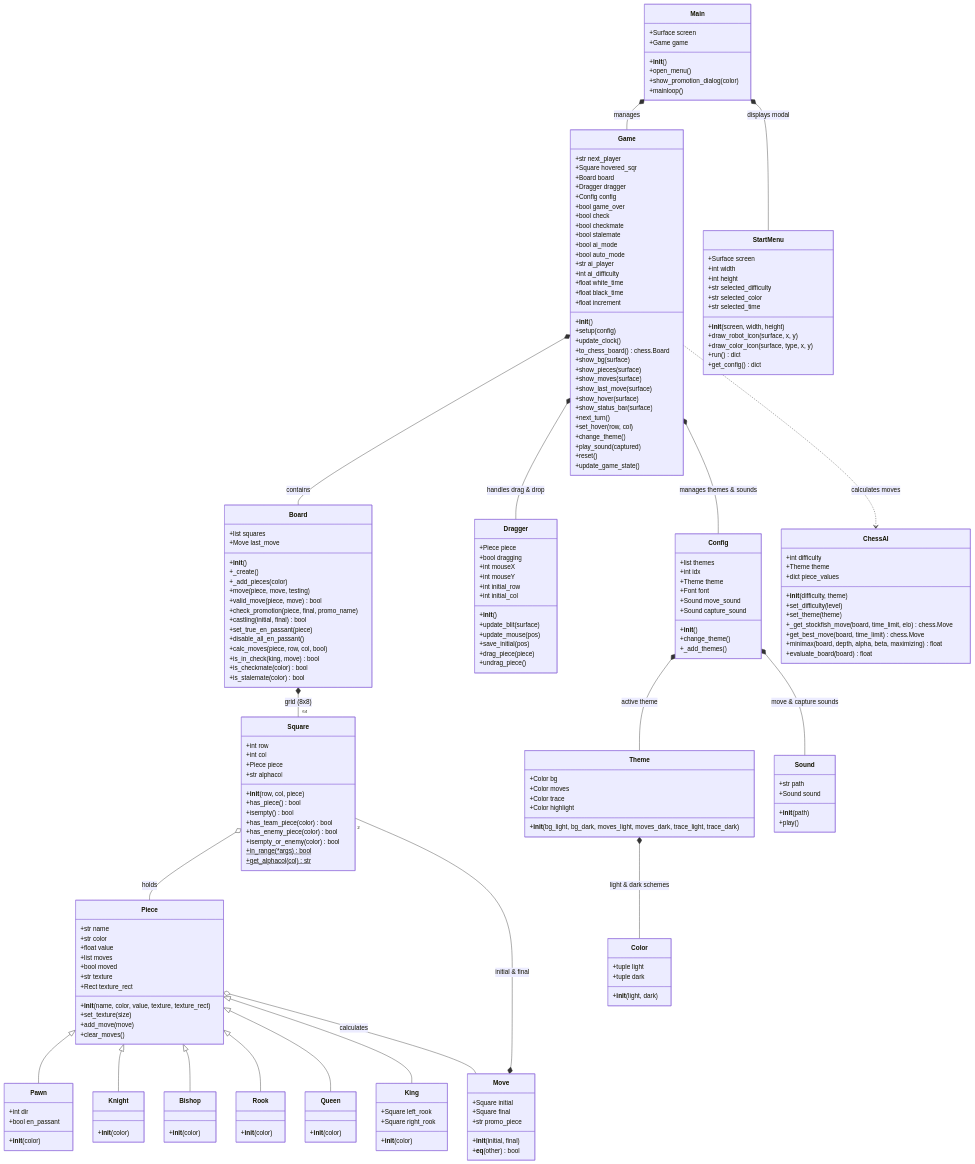
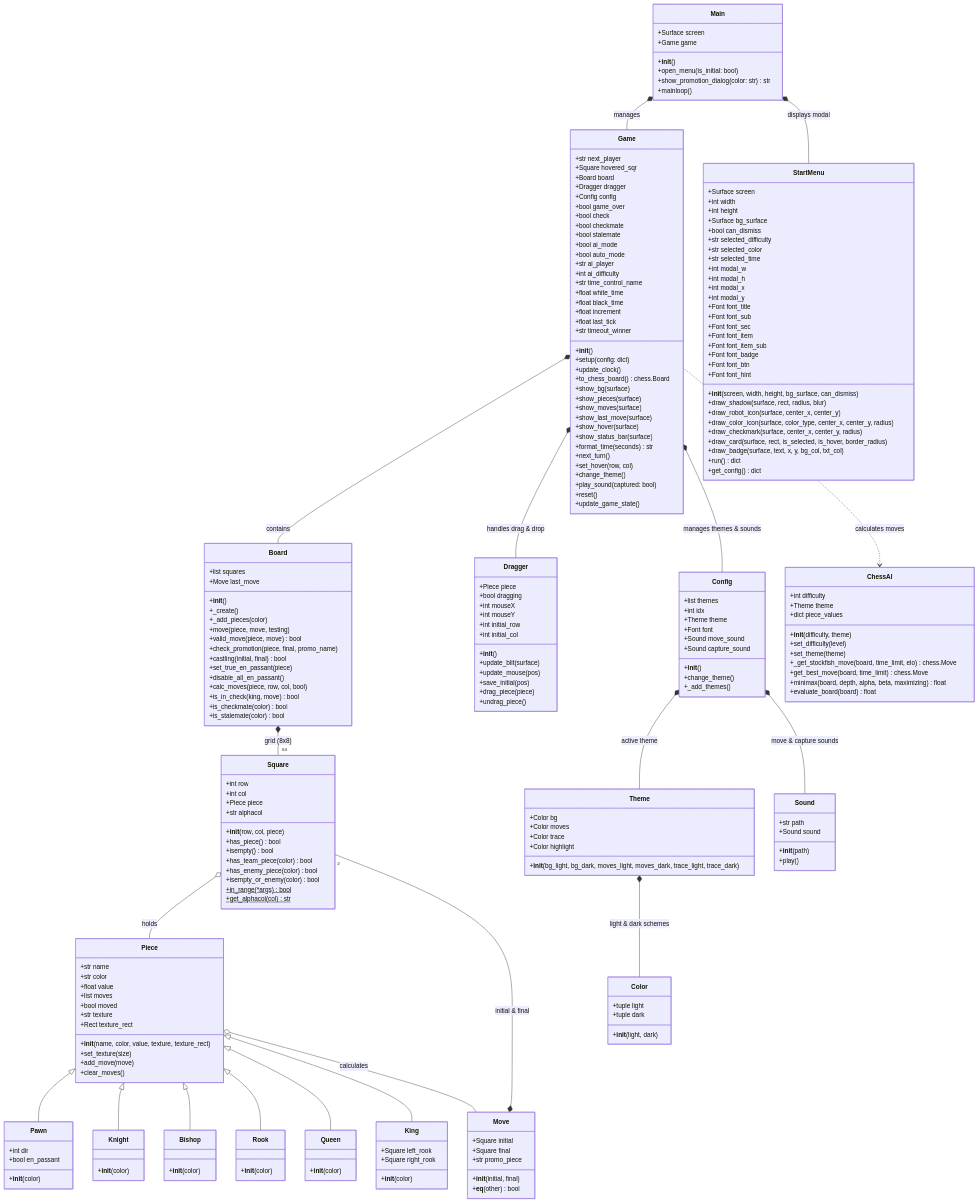
Before and after one commit to Rohitkumar-3103/Chess-AI: the first of 2 diagrams in CLASS_DIAGRAM.md, drawn with Mermaid. The commit also changed other lines of this file and 3 other files, not shown here.

Commit message:
feat(ui): modernize start menu modal with translucent backdrop and tactile cards

```diff
--- a/CLASS_DIAGRAM.md
+++ b/CLASS_DIAGRAM.md
@@ -12,8 +12,8 @@
         +Surface screen
         +Game game
         +__init__()
-        +open_menu()
-        +show_promotion_dialog(color)
+        +open_menu(is_initial: bool)
+        +show_promotion_dialog(color: str) str
         +mainloop()
     }
 
@@ -21,12 +21,30 @@
         +Surface screen
         +int width
         +int height
+        +Surface bg_surface
+        +bool can_dismiss
         +str selected_difficulty
         +str selected_color
         +str selected_time
-        +__init__(screen, width, height)
-        +draw_robot_icon(surface, x, y)
-        +draw_color_icon(surface, type, x, y)
+        +int modal_w
+        +int modal_h
+        +int modal_x
+        +int modal_y
+        +Font font_title
+        +Font font_sub
+        +Font font_sec
+        +Font font_item
+        +Font font_item_sub
+        +Font font_badge
+        +Font font_btn
+        +Font font_hint
+        +__init__(screen, width, height, bg_surface, can_dismiss)
+        +draw_shadow(surface, rect, radius, blur)
+        +draw_robot_icon(surface, center_x, center_y)
+        +draw_color_icon(surface, color_type, center_x, center_y, radius)
+        +draw_checkmark(surface, center_x, center_y, radius)
+        +draw_card(surface, rect, is_selected, is_hover, border_radius)
+        +draw_badge(surface, text, x, y, bg_col, txt_col)
         +run() dict
         +get_config() dict
     }
@@ -45,11 +63,14 @@
         +bool auto_mode
         +str ai_player
         +int ai_difficulty
+        +str time_control_name
         +float white_time
         +float black_time
         +float increment
+        +float last_tick
+        +str timeout_winner
         +__init__()
-        +setup(config)
+        +setup(config: dict)
         +update_clock()
         +to_chess_board() chess.Board
         +show_bg(surface)
@@ -58,10 +79,11 @@
         +show_last_move(surface)
         +show_hover(surface)
         +show_status_bar(surface)
+        +format_time(seconds) str
         +next_turn()
         +set_hover(row, col)
         +change_theme()
-        +play_sound(captured)
+        +play_sound(captured: bool)
         +reset()
         +update_game_state()
     }
```
